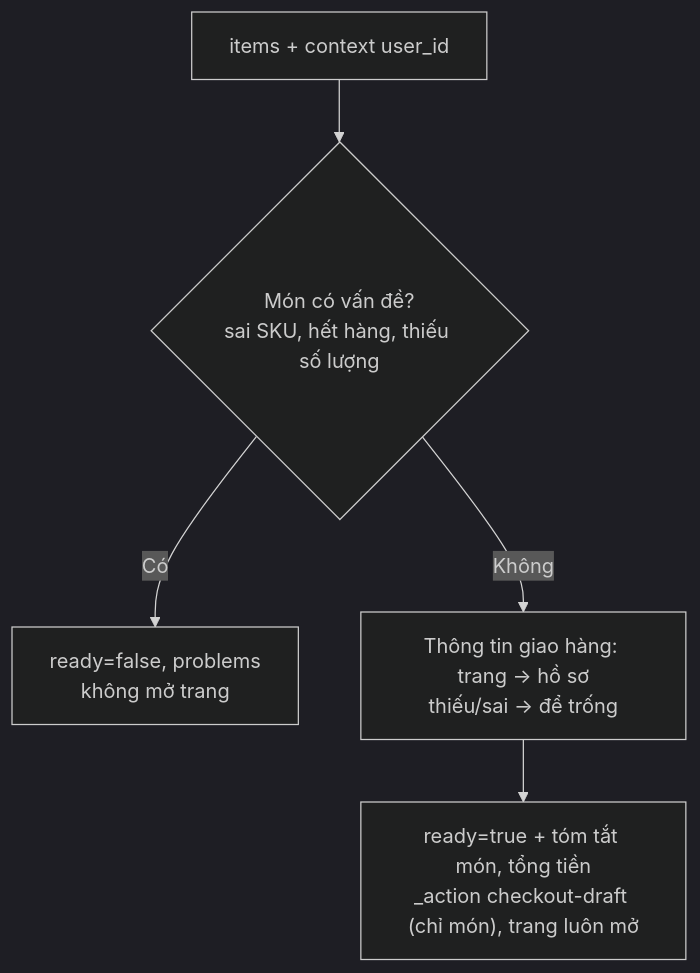
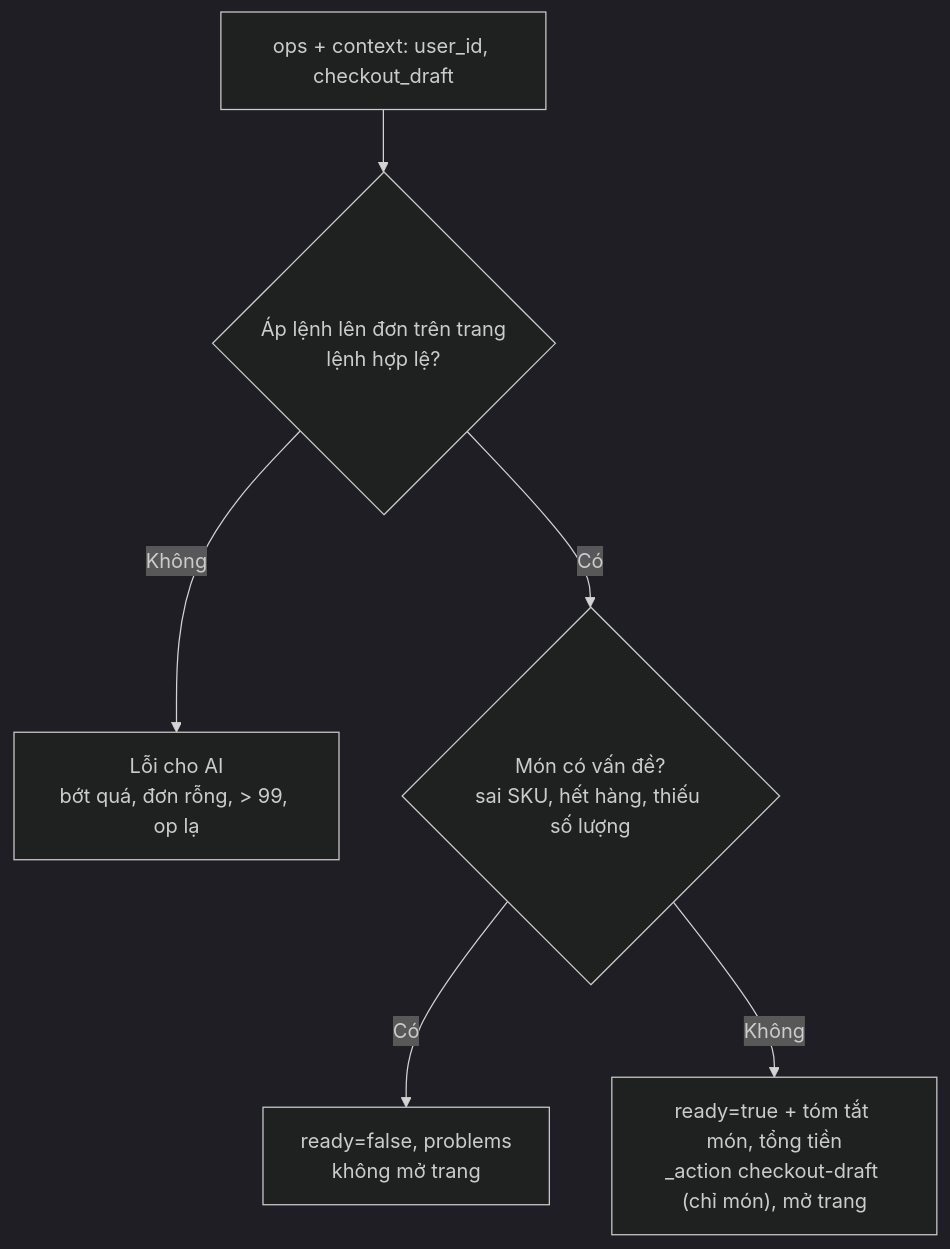
The third of 4 diagrams in docs/chat-ai/05-tools.md (zdevlongnguz-blip/du-an-1), drawn with Mermaid (dark theme) before and after one commit. The commit also changed other lines of this file and 14 other files, not shown here.

First line of the commit message:
fix(be): tool lên đơn nhận lệnh, server tự tính số lượng trên đơn nháp

````diff
--- a/docs/chat-ai/05-tools.md
+++ b/docs/chat-ai/05-tools.md
@@ -124,7 +126,8 @@
 ```mermaid
 flowchart TD
-    I[items + context user_id] --> V{Món có vấn đề?<br/>sai SKU, hết hàng, thiếu số lượng}
+    I["ops + context: user_id, checkout_draft"] --> A{"Áp lệnh lên đơn trên trang<br/>lệnh hợp lệ?"}
+    A -- Không --> E["Lỗi cho AI<br/>bớt quá, đơn rỗng, > 99, op lạ"]
+    A -- Có --> V{"Món có vấn đề?<br/>sai SKU, hết hàng, thiếu số lượng"}
     V -- Có --> P["ready=false, problems<br/>không mở trang"]
-    V -- Không --> R["Thông tin giao hàng: trang → hồ sơ<br/>thiếu/sai → để trống"]
-    R --> OK["ready=true + tóm tắt món, tổng tiền<br/>_action checkout-draft (chỉ món), trang luôn mở"]
+    V -- Không --> OK["ready=true + tóm tắt món, tổng tiền<br/>_action checkout-draft (chỉ món), mở trang"]
 ```
````
